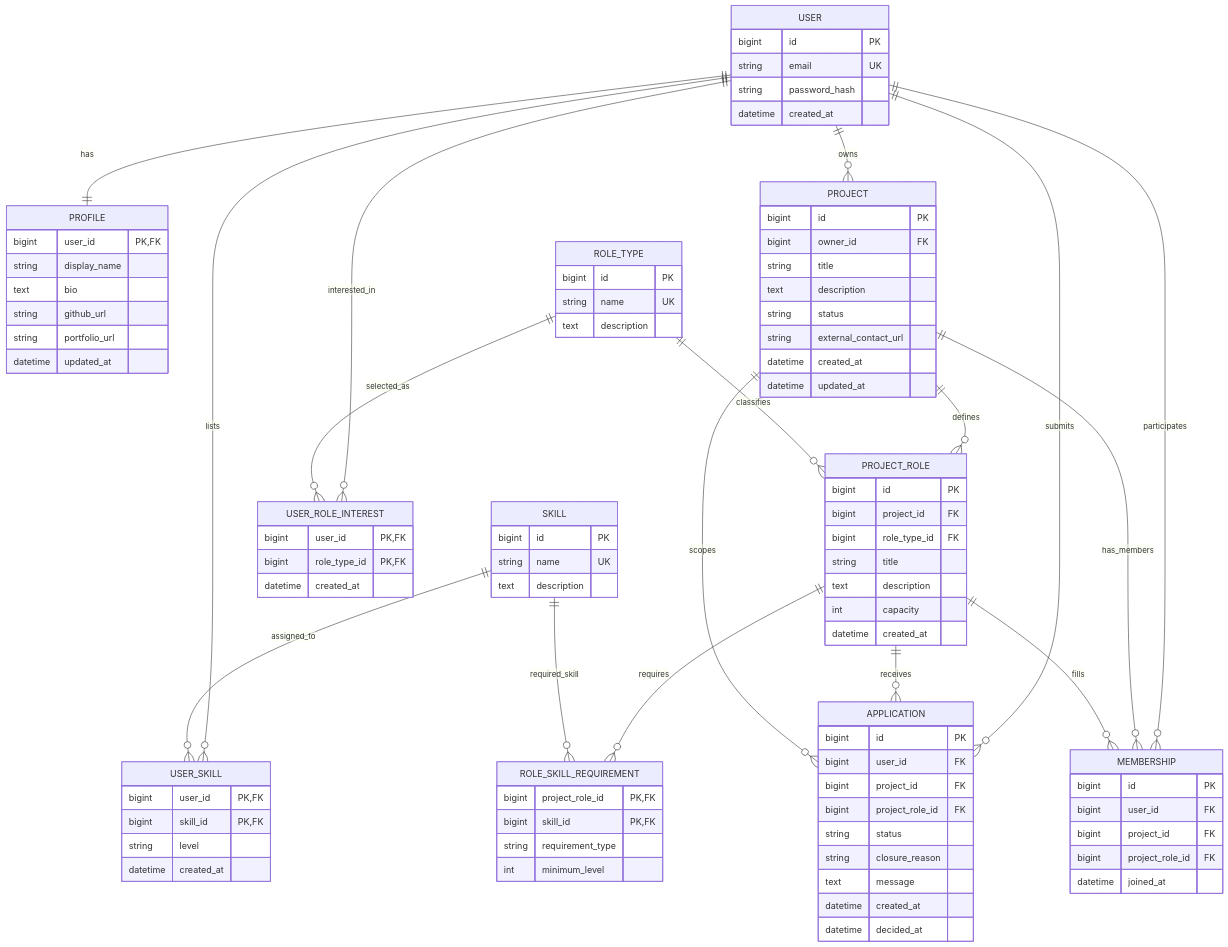
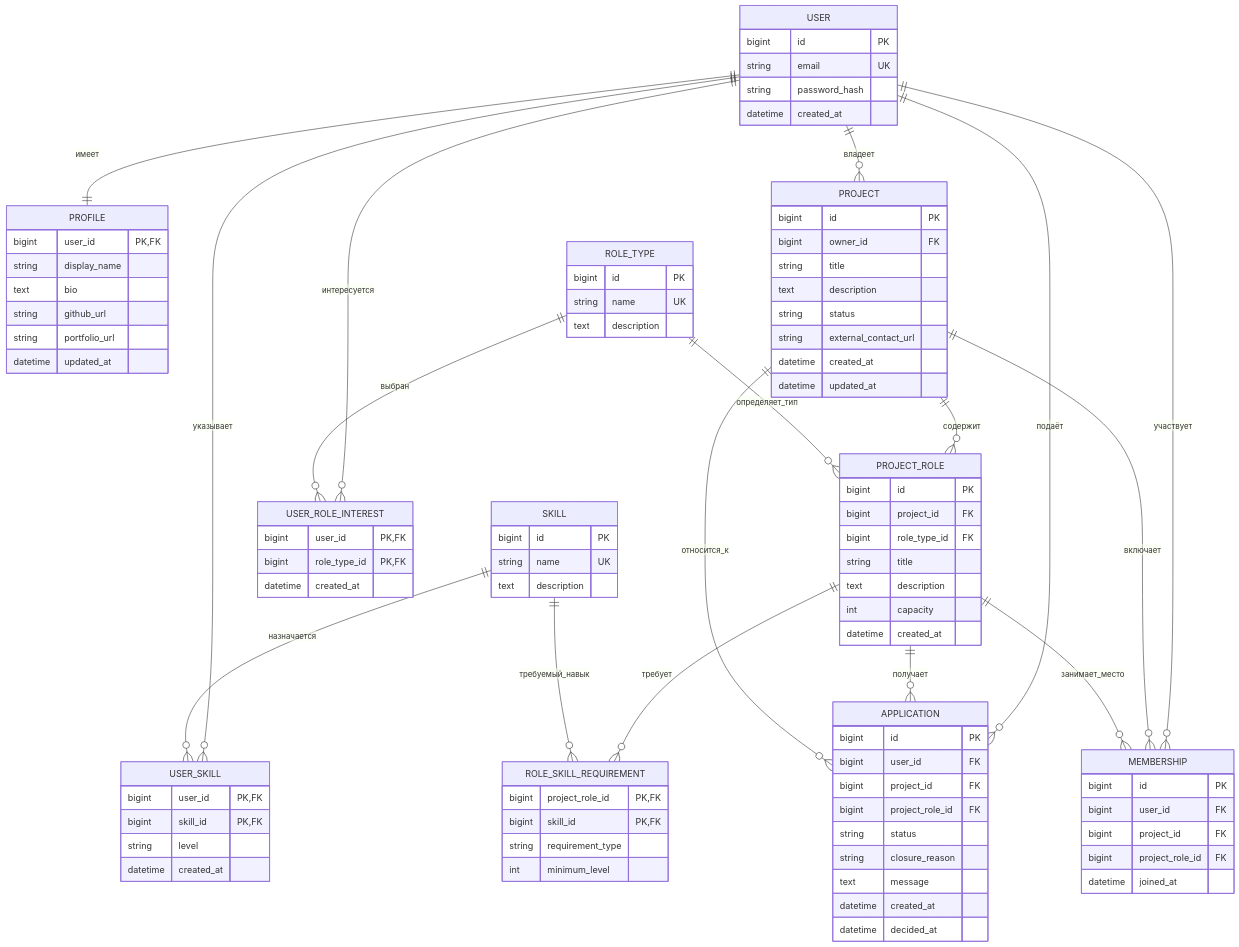
The diagram in erd-v1.md (TeamFinderProject/teamfinder-docs), drawn with Mermaid before and after one commit. The commit also changed other lines of this file, not shown here.

Commit message:
docs: translate ERD documentation into Russian

````diff
--- a/erd-v1.md
+++ b/erd-v1.md
@@ -9,24 +9,24 @@
 ```mermaid
 erDiagram
-    USER ||--|| PROFILE : has
-    USER ||--o{ USER_SKILL : lists
-    SKILL ||--o{ USER_SKILL : assigned_to
-    USER ||--o{ USER_ROLE_INTEREST : interested_in
-    ROLE_TYPE ||--o{ USER_ROLE_INTEREST : selected_as
+    USER ||--|| PROFILE : имеет
+    USER ||--o{ USER_SKILL : указывает
+    SKILL ||--o{ USER_SKILL : назначается
+    USER ||--o{ USER_ROLE_INTEREST : интересуется
+    ROLE_TYPE ||--o{ USER_ROLE_INTEREST : выбран
 
-    USER ||--o{ PROJECT : owns
-    PROJECT ||--o{ PROJECT_ROLE : defines
-    ROLE_TYPE ||--o{ PROJECT_ROLE : classifies
-    PROJECT_ROLE ||--o{ ROLE_SKILL_REQUIREMENT : requires
-    SKILL ||--o{ ROLE_SKILL_REQUIREMENT : required_skill
+    USER ||--o{ PROJECT : владеет
+    PROJECT ||--o{ PROJECT_ROLE : содержит
+    ROLE_TYPE ||--o{ PROJECT_ROLE : определяет_тип
+    PROJECT_ROLE ||--o{ ROLE_SKILL_REQUIREMENT : требует
+    SKILL ||--o{ ROLE_SKILL_REQUIREMENT : требуемый_навык
 
-    USER ||--o{ APPLICATION : submits
-    PROJECT_ROLE ||--o{ APPLICATION : receives
-    PROJECT ||--o{ APPLICATION : scopes
+    USER ||--o{ APPLICATION : подаёт
+    PROJECT_ROLE ||--o{ APPLICATION : получает
+    PROJECT ||--o{ APPLICATION : относится_к
 
-    USER ||--o{ MEMBERSHIP : participates
-    PROJECT ||--o{ MEMBERSHIP : has_members
-    PROJECT_ROLE ||--o{ MEMBERSHIP : fills
+    USER ||--o{ MEMBERSHIP : участвует
+    PROJECT ||--o{ MEMBERSHIP : включает
+    PROJECT_ROLE ||--o{ MEMBERSHIP : занимает_место
 
     USER {
         bigint id PK
````
